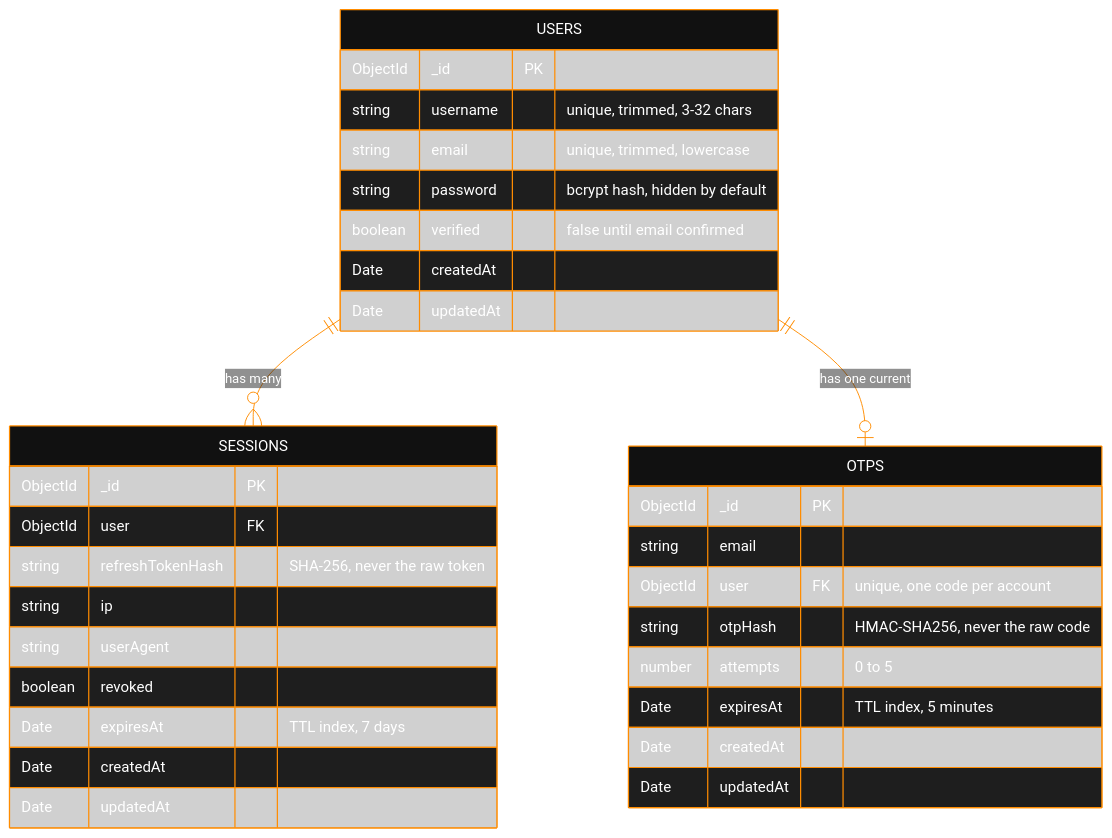
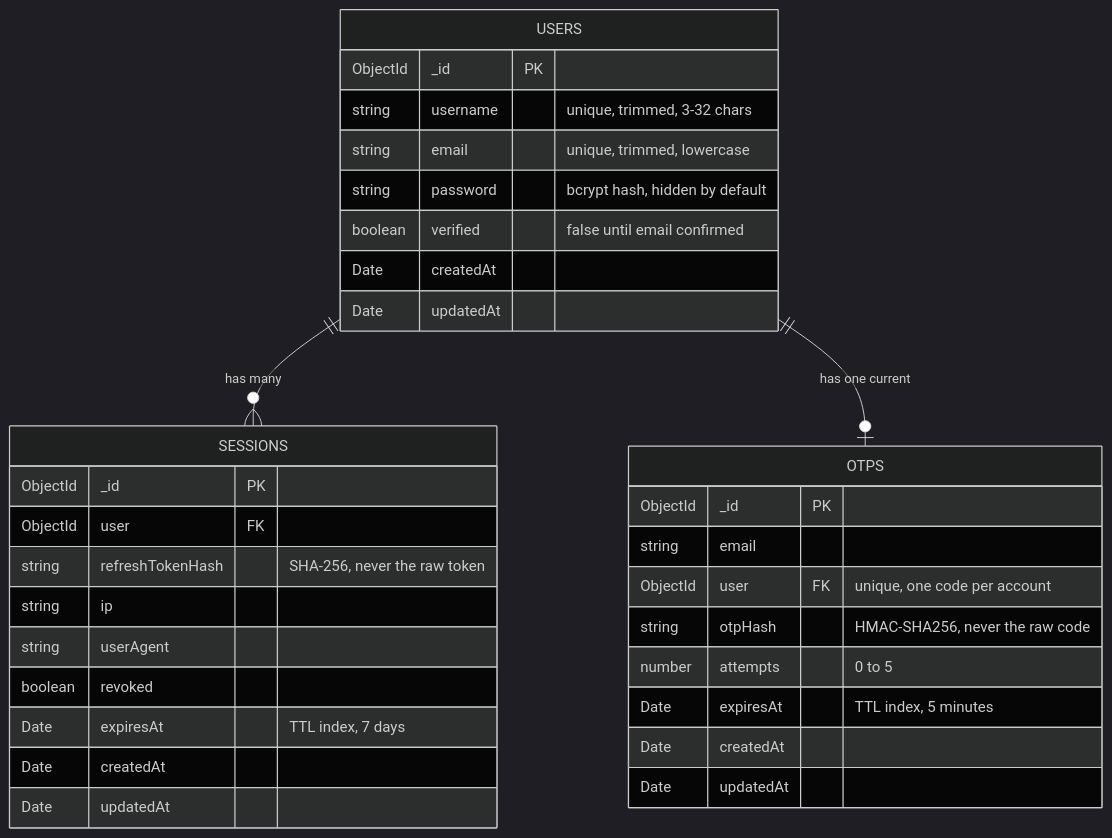
Diagram 13 of 13 in README.md (samroz-burhan/authentication-system-backend), drawn with Mermaid before and after one commit. The commit also changed other lines of this file, not shown here.

````diff
--- a/README.md
+++ b/README.md
@@ -574,39 +574,39 @@
 ```mermaid
-%%{init: {'theme': 'base', 'themeVariables': {'background': '#000000', 'primaryColor': '#111111', 'primaryTextColor': '#ffffff', 'primaryBorderColor': '#ff8c00', 'lineColor': '#ff8c00', 'secondaryColor': '#181818', 'tertiaryColor': '#222222', 'textColor': '#f5f5f5', 'mainBkg': '#111111', 'nodeBorder': '#ff8c00', 'clusterBkg': '#080808', 'clusterBorder': '#666666', 'titleColor': '#ffffff', 'edgeLabelBackground': '#111111', 'entityBkgColor': '#111111', 'entityBorderColor': '#ff8c00', 'entityTextColor': '#ffffff', 'attributeBackgroundColor': '#111111', 'attributeFontColor': '#f5f5f5', 'relationshipLabelBackground': '#111111', 'relationshipLabelColor': '#ffffff'}}}%%
+%%{init: {"theme": "dark"}}%%
 erDiagram
     USERS ||--o{ SESSIONS : "has many"
     USERS ||--o| OTPS : "has one current"
 
     USERS {
         ObjectId _id PK
         string username "unique, trimmed, 3-32 chars"
         string email "unique, trimmed, lowercase"
         string password "bcrypt hash, hidden by default"
         boolean verified "false until email confirmed"
         Date createdAt
         Date updatedAt
     }
 
     OTPS {
         ObjectId _id PK
         string email
         ObjectId user FK "unique, one code per account"
         string otpHash "HMAC-SHA256, never the raw code"
         number attempts "0 to 5"
         Date expiresAt "TTL index, 5 minutes"
         Date createdAt
         Date updatedAt
     }
 
     SESSIONS {
         ObjectId _id PK
         ObjectId user FK
         string refreshTokenHash "SHA-256, never the raw token"
         string ip
         string userAgent
         boolean revoked
         Date expiresAt "TTL index, 7 days"
         Date createdAt
         Date updatedAt
     }
 ```
````
